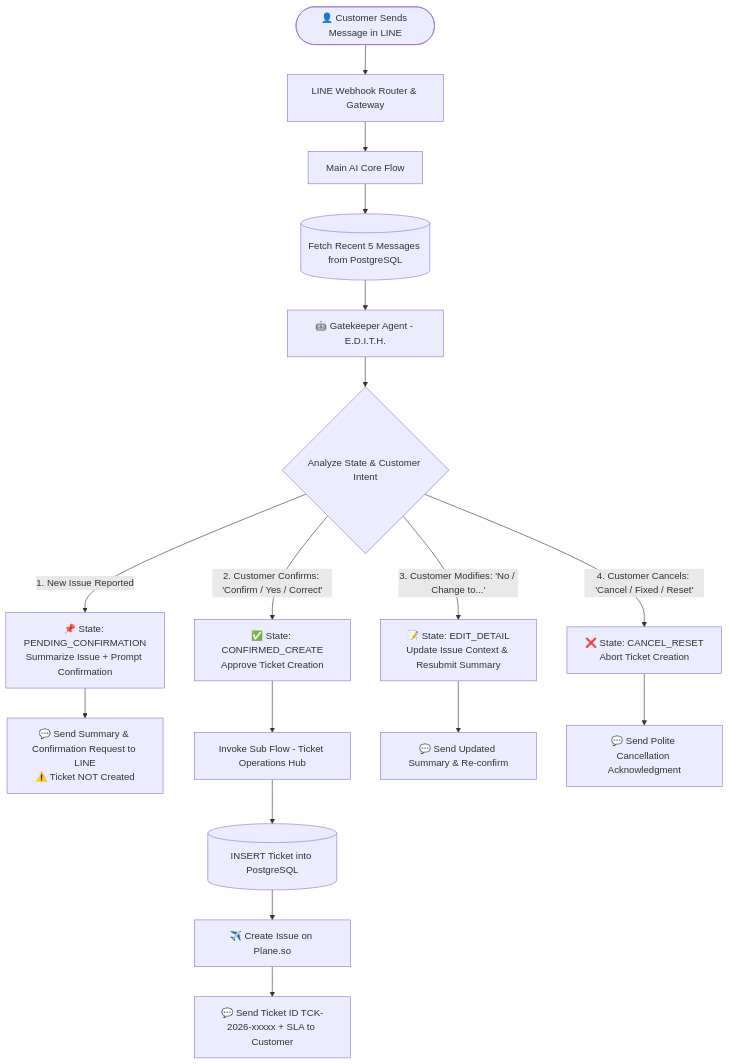
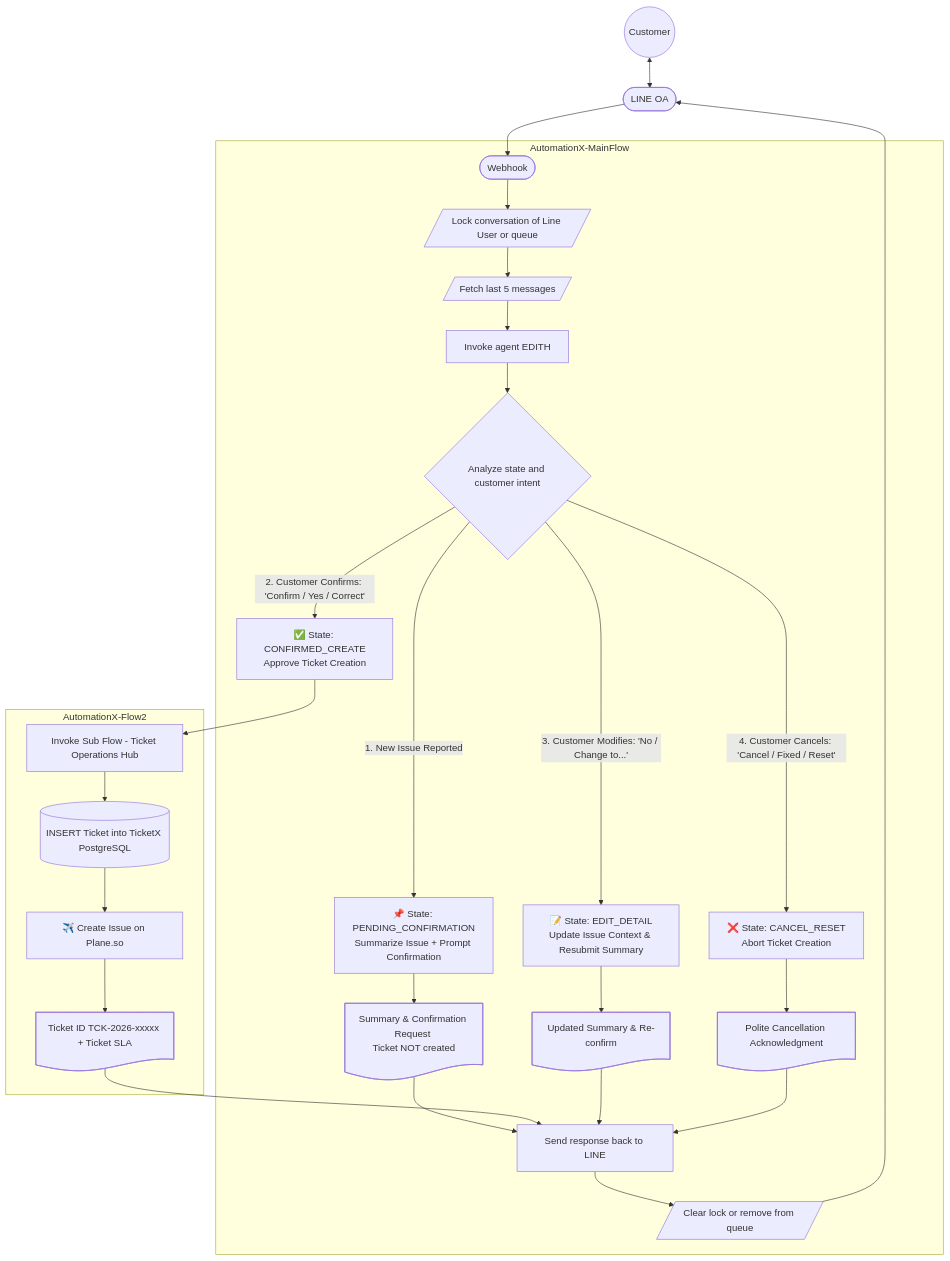
One commit to winknakk/TicketX-Production changed the first of 2 diagrams in docs/TICKET_PRE_CONFIRMATION_AND_RESET_FLOW_EN.md. Above: the diagram before and after it, drawn with Mermaid.

Commit message:
Ticket Confirmation & Reset Flow

````diff
--- a/docs/TICKET_PRE_CONFIRMATION_AND_RESET_FLOW_EN.md
+++ b/docs/TICKET_PRE_CONFIRMATION_AND_RESET_FLOW_EN.md
@@ -28,24 +28,45 @@
 ```mermaid
 flowchart TD
-    Start([👤 Customer Sends Message in LINE]) --> Gateway[LINE Webhook Router & Gateway]
-    Gateway --> MainCore[Main AI Core Flow]
-    MainCore --> FetchHistory[(Fetch Recent 5 Messages from PostgreSQL)]
-    FetchHistory --> GateAgent[🤖 Gatekeeper Agent - E.D.I.T.H.]
-    
-    GateAgent --> CheckState{Analyze State & Customer Intent}
-    
-    CheckState -->|1. New Issue Reported| StateIntake[📌 State: PENDING_CONFIRMATION<br/>Summarize Issue + Prompt Confirmation]
-    StateIntake --> ReplyLINE1[💬 Send Summary & Confirmation Request to LINE<br/>⚠️ Ticket NOT Created]
+    A((Customer)) <--> B([LINE OA])
+    B --> C([Webhook])
 
-    CheckState -->|2. Customer Confirms: 'Confirm / Yes / Correct'| StateConfirm[✅ State: CONFIRMED_CREATE<br/>Approve Ticket Creation]
-    StateConfirm --> CallHub[Invoke Sub Flow - Ticket Operations Hub]
-    CallHub --> InsertDB[(INSERT Ticket into PostgreSQL)]
+    subgraph AutomationX-MainFlow
+    C --> C1[/Lock conversation of Line User or queue/]
+    C1 --> D[/Fetch last 5 messages/]
+    D --> E[Invoke agent EDITH]
+    E --> F{Analyze state and customer intent}
+
+    F -->|1. New Issue Reported| StateIntake[📌 State: PENDING_CONFIRMATION
+Summarize Issue + Prompt Confirmation]
+    StateIntake --> DraftResponse1@{ shape: doc, label: "Summary & Confirmation Request 
+ Ticket NOT created"}
+
+    F -->|2. Customer Confirms: 'Confirm / Yes / Correct'| StateConfirm[✅ State: CONFIRMED_CREATE
+Approve Ticket Creation]
+
+    F -->|3. Customer Modifies: 'No / Change to...'| StateEdit[📝 State: EDIT_DETAIL
+Update Issue Context & Resubmit Summary]
+    StateEdit --> DraftResponse3@{ shape: doc, label: "Updated Summary & Re-confirm"}
+
+    F -->|4. Customer Cancels: 'Cancel / Fixed / Reset'| StateCancel[❌ State: CANCEL_RESET
+Abort Ticket Creation]
+    StateCancel --> DraftResponse4@{ shape: doc, label: "Polite Cancellation Acknowledgment"}
+
+    ReplyLINE[Send response back to LINE]
+    ReplyLINE --> C2[/Clear lock or remove from queue/]
+    end
+
+    subgraph AutomationX-Flow2
+    StateConfirm --> CallSubflow[Invoke Sub Flow - Ticket Operations Hub]
+    CallSubflow --> InsertDB[(INSERT Ticket into TicketX PostgreSQL)]
     InsertDB --> SyncPlane[✈️ Create Issue on Plane.so]
-    SyncPlane --> ReplyLINE2[💬 Send Ticket ID TCK-2026-xxxxx + SLA to Customer]
+    SyncPlane --> DraftResponse2@{ shape: doc, label: "Ticket ID TCK-2026-xxxxx + Ticket SLA"}
+    end
 
-    CheckState -->|3. Customer Modifies: 'No / Change to...'| StateEdit[📝 State: EDIT_DETAIL<br/>Update Issue Context & Resubmit Summary]
-    StateEdit --> ReplyLINE3[💬 Send Updated Summary & Re-confirm]
-
-    CheckState -->|4. Customer Cancels: 'Cancel / Fixed / Reset'| StateCancel[❌ State: CANCEL_RESET<br/>Abort Ticket Creation]
-    StateCancel --> ReplyLINE4[💬 Send Polite Cancellation Acknowledgment]
+    DraftResponse1 --> ReplyLINE
+    DraftResponse2 --> ReplyLINE
+    DraftResponse3 --> ReplyLINE
+    DraftResponse4 --> ReplyLINE
+    C2 --> B
+ 
 ```
````
